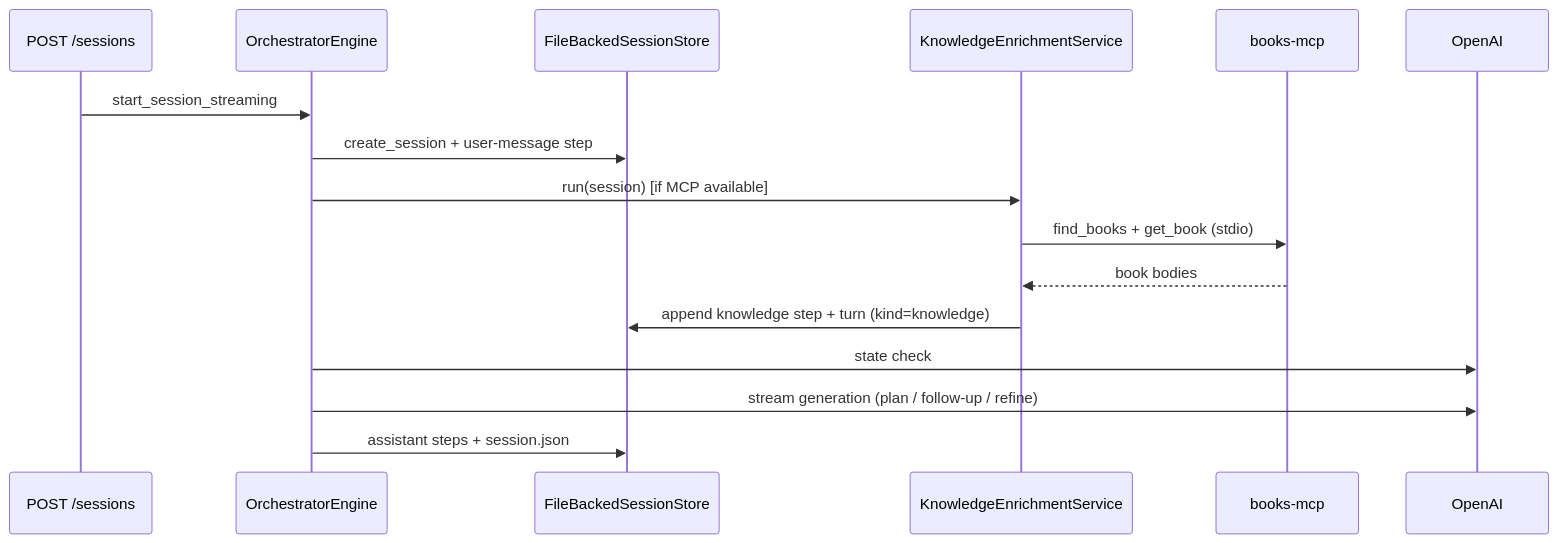
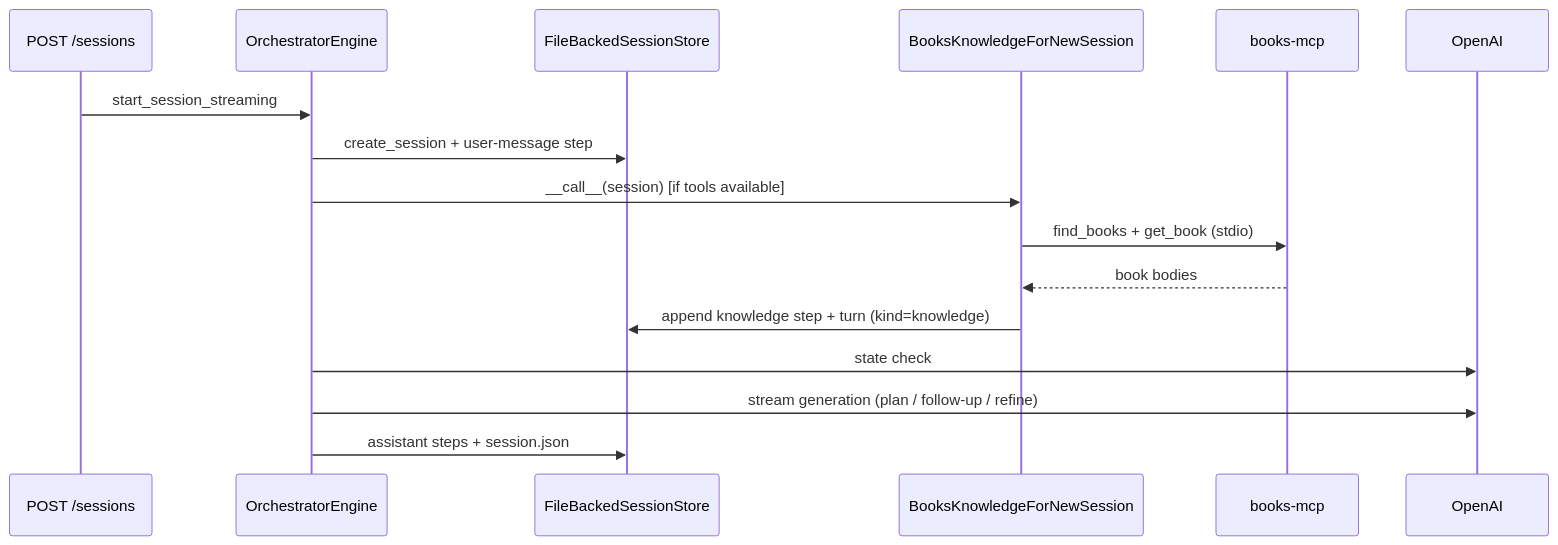
One commit to BobLeBuildeur/DiscordBot changed the third of 3 diagrams in services/orchestration-server/docs/overview.md. Above: the diagram before and after it, drawn with Mermaid. The commit also changed other lines of this file and 12 other files, not shown here.

First line of the commit message:
refactor(orchestration-server): decouple books MCP logic from MCP package

````diff
--- a/services/orchestration-server/docs/overview.md
+++ b/services/orchestration-server/docs/overview.md
@@ -81,19 +81,19 @@
 ```mermaid
 sequenceDiagram
     participant API as POST /sessions
     participant Eng as OrchestratorEngine
     participant FS as FileBackedSessionStore
-    participant KE as KnowledgeEnrichmentService
+    participant BK as BooksKnowledgeForNewSession
     participant MCP as books-mcp
     participant OAI as OpenAI
 
     API->>Eng: start_session_streaming
     Eng->>FS: create_session + user-message step
-    Eng->>KE: run(session) [if MCP available]
-    KE->>MCP: find_books + get_book (stdio)
-    MCP-->>KE: book bodies
-    KE->>FS: append knowledge step + turn (kind=knowledge)
+    Eng->>BK: __call__(session) [if tools available]
+    BK->>MCP: find_books + get_book (stdio)
+    MCP-->>BK: book bodies
+    BK->>FS: append knowledge step + turn (kind=knowledge)
     Eng->>OAI: state check
     Eng->>OAI: stream generation (plan / follow-up / refine)
     Eng->>FS: assistant steps + session.json
 ```
````
